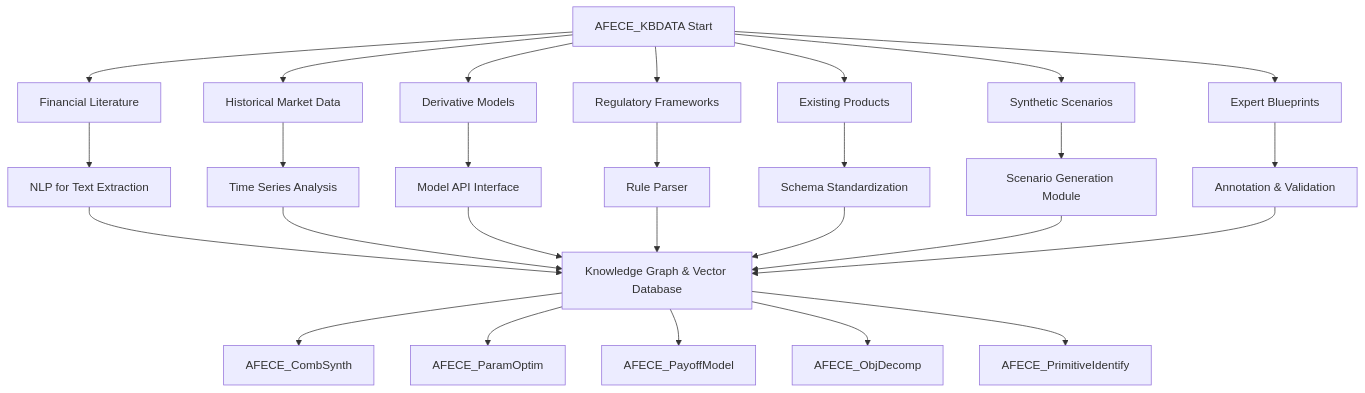
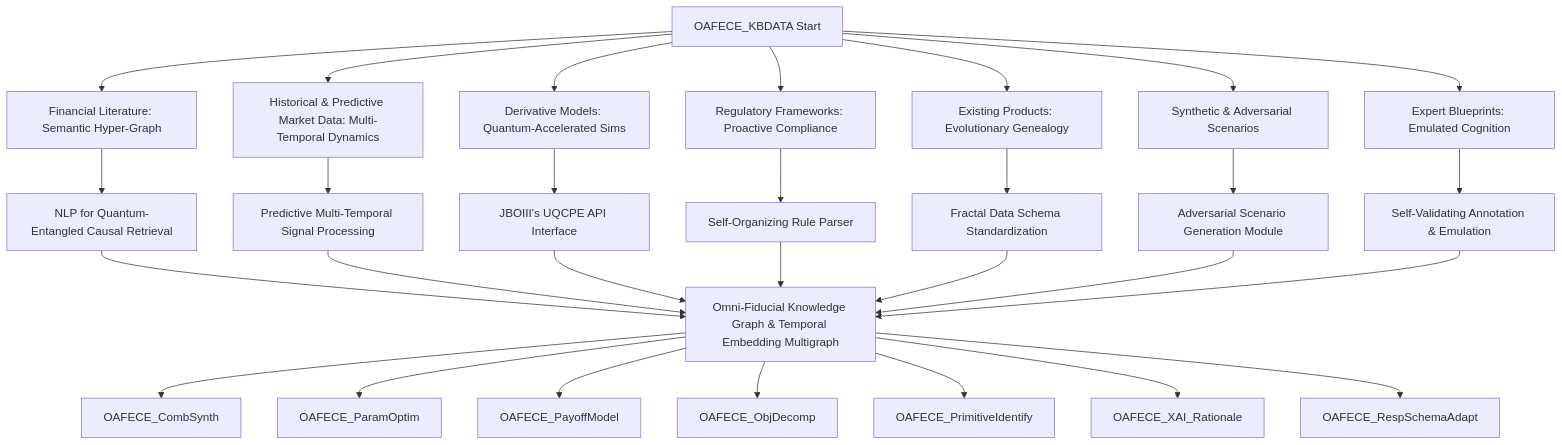
One commit to diplomat-bit/Citibank_Demo_Business_Inc_Demonstration- changed the seventh of 11 diagrams in inventions/inventions/AFECE_detailed_generative_flow.md. Above: the diagram before and after it, drawn with Mermaid. The commit also changed other lines of this file, not shown here.

````diff
--- a/inventions/inventions/AFECE_detailed_generative_flow.md
+++ b/inventions/inventions/AFECE_detailed_generative_flow.md
@@ -401,25 +689,27 @@
 ```mermaid
 graph TD
-    KB_Start[AFECE_KBDATA Start] --> KBLIT_Node[Financial Literature]
-    KB_Start --> KBMARKET_Node[Historical Market Data]
-    KB_Start --> KBDERIV_Node[Derivative Models]
-    KB_Start --> KBREG_Node[Regulatory Frameworks]
-    KB_Start --> KBPROD_Node[Existing Products]
-    KB_Start --> KBSYNTH_Node[Synthetic Scenarios]
-    KB_Start --> KBEXPERT_Node[Expert Blueprints]
+    KB_Start[OAFECE_KBDATA Start] --> KBLIT_Node[Financial Literature: Semantic Hyper-Graph]
+    KB_Start --> KBMARKET_Node[Historical & Predictive Market Data: Multi-Temporal Dynamics]
+    KB_Start --> KBDERIV_Node[Derivative Models: Quantum-Accelerated Sims]
+    KB_Start --> KBREG_Node[Regulatory Frameworks: Proactive Compliance]
+    KB_Start --> KBPROD_Node[Existing Products: Evolutionary Genealogy]
+    KB_Start --> KBSYNTH_Node[Synthetic & Adversarial Scenarios]
+    KB_Start --> KBEXPERT_Node[Expert Blueprints: Emulated Cognition]
     
-    KBLIT_Node --> KBLIT_NLP[NLP for Text Extraction]
-    KBMARKET_Node --> KBMARKET_TSA[Time Series Analysis]
-    KBDERIV_Node --> KBDERIV_API[Model API Interface]
-    KBREG_Node --> KBREG_Parser[Rule Parser]
-    KBPROD_Node --> KBPROD_Schema[Schema Standardization]
-    KBSYNTH_Node --> KBSYNTH_Gen[Scenario Generation Module]
-    KBEXPERT_Node --> KBEXPERT_Anno[Annotation & Validation]
+    KBLIT_Node --> KBLIT_NLP_QECR[NLP for Quantum-Entangled Causal Retrieval]
+    KBMARKET_Node --> KBMARKET_TSA_Predictive[Predictive Multi-Temporal Signal Processing]
+    KBDERIV_Node --> KBDERIV_API_UQCPE[JBOIII's UQCPE API Interface]
+    KBREG_Node --> KBREG_Parser_SO[Self-Organizing Rule Parser]
+    KBPROD_Node --> KBPROD_Schema_FD[Fractal Data Schema Standardization]
+    KBSYNTH_Node --> KBSYNTH_Gen_Adversarial[Adversarial Scenario Generation Module]
+    KBEXPERT_Node --> KBEXPERT_Anno_SelfValid[Self-Validating Annotation & Emulation]
     
-    KBLIT_NLP & KBMARKET_TSA & KBDERIV_API & KBREG_Parser & KBPROD_Schema & KBSYNTH_Gen & KBEXPERT_Anno --> KB_VectorDB[Knowledge Graph & Vector Database]
-    KB_VectorDB --> AFECE_CombSynth
-    KB_VectorDB --> AFECE_ParamOptim
-    KB_VectorDB --> AFECE_PayoffModel
-    KB_VectorDB --> AFECE_ObjDecomp
-    KB_VectorDB --> AFECE_PrimitiveIdentify
+    KBLIT_NLP_QECR & KBMARKET_TSA_Predictive & KBDERIV_API_UQCPE & KBREG_Parser_SO & KBPROD_Schema_FD & KBSYNTH_Gen_Adversarial & KBEXPERT_Anno_SelfValid --> KB_VectorDB_KG_TEMG[Omni-Fiducial Knowledge Graph & Temporal Embedding Multigraph]
+    KB_VectorDB_KG_TEMG --> OAFECE_CombSynth
+    KB_VectorDB_KG_TEMG --> OAFECE_ParamOptim
+    KB_VectorDB_KG_TEMG --> OAFECE_PayoffModel
+    KB_VectorDB_KG_TEMG --> OAFECE_ObjDecomp
+    KB_VectorDB_KG_TEMG --> OAFECE_PrimitiveIdentify
+    KB_VectorDB_KG_TEMG --> OAFECE_XAI_Rationale
+    KB_VectorDB_KG_TEMG --> OAFECE_RespSchemaAdapt
 ```
````
